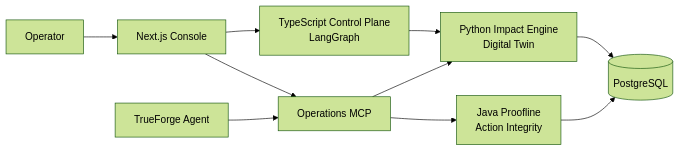
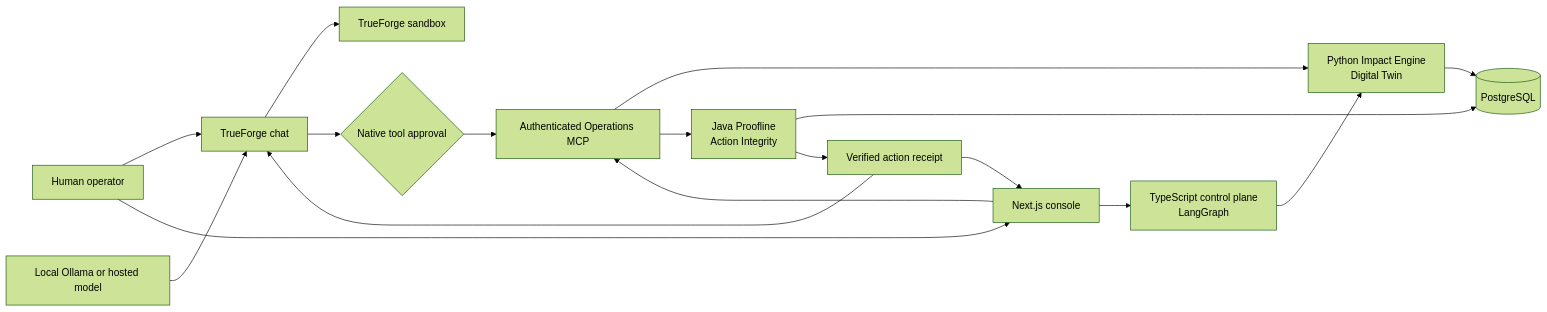
The diagram in README.md (code-anindya-X/relaygrid), drawn with Mermaid (forest theme) before and after one commit. The commit also changed other lines of this file and 12 other files, not shown here.

Commit message:
Strengthen TrueForge harness demo

````diff
--- a/README.md
+++ b/README.md
@@ -109,12 +146,19 @@
 ```mermaid
 flowchart LR
-    Operator[Operator] --> Console[Next.js Console]
-    Console --> Control[TypeScript Control Plane<br/>LangGraph]
-    Console --> MCP[Operations MCP]
-    TrueForge[TrueForge Agent] --> MCP
+    Operator[Human operator] --> Chat[TrueForge chat]
+    Operator --> Console[Next.js console]
+    Model[Local Ollama or hosted model] --> Chat
+    Chat --> Sandbox[TrueForge sandbox]
+    Chat --> Gate{Native tool approval}
+    Gate --> MCP[Authenticated Operations MCP]
+    Console --> Control[TypeScript control plane<br/>LangGraph]
+    Console --> MCP
     Control --> Impact[Python Impact Engine<br/>Digital Twin]
     MCP --> Impact
     MCP --> Proofline[Java Proofline<br/>Action Integrity]
     Impact --> Postgres[(PostgreSQL)]
     Proofline --> Postgres
+    Proofline --> Receipt[Verified action receipt]
+    Receipt --> Chat
+    Receipt --> Console
 ```
````
